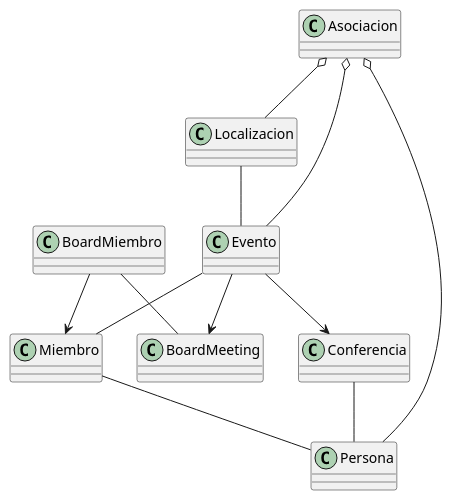
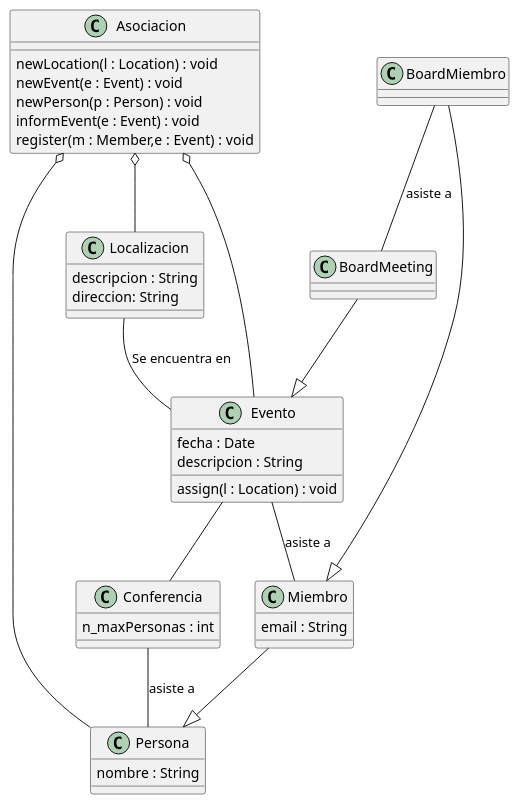
One commit to DanielMiralles12/UMLClases-DanielMiralles changed the diagram in src/Practica.puml. Above: the diagram before and after it, drawn with PlantUML.

Commit message:
Añadimos los metodos y atributos correspondientes a cada clase.

```diff
--- a/src/Practica.puml
+++ b/src/Practica.puml
@@ -1,23 +1,42 @@
 @startuml
 Asociacion o-- Evento
 Asociacion o-- Persona
 Asociacion o-- Localizacion
-Evento --> Conferencia
-Evento --> BoardMeeting
-Evento -- Miembro
-Localizacion -- Evento
-BoardMiembro --> Miembro
-Miembro -- Persona
-Conferencia -- Persona
-BoardMiembro -- BoardMeeting
+Evento -- Conferencia
+BoardMeeting --|> Evento
+Evento -- Miembro : asiste a
+Localizacion -- Evento : Se encuentra en
+BoardMiembro --|> Miembro
+Miembro --|> Persona
+Conferencia -- Persona : asiste a
+BoardMiembro -- BoardMeeting : asiste a
 
 
-class Asociacion{}
-class Miembro{}
+class Asociacion{
+newLocation(l : Location) : void
+newEvent(e : Event) : void
+newPerson(p : Person) : void
+informEvent(e : Event) : void
+register(m : Member,e : Event) : void
+}
+class Miembro{
+email : String
+}
 class BoardMiembro{}
-class Evento{}
-class Conferencia{}
-class Localizacion{}
+class Evento{
+fecha : Date
+descripcion : String
+assign(l : Location) : void
+}
+class Conferencia{
+n_maxPersonas : int
+}
+class Localizacion{
+descripcion : String
+direccion: String
+}
 class BoardMeeting{}
-class Persona{}
+class Persona{
+nombre : String
+}
 @enduml
```
